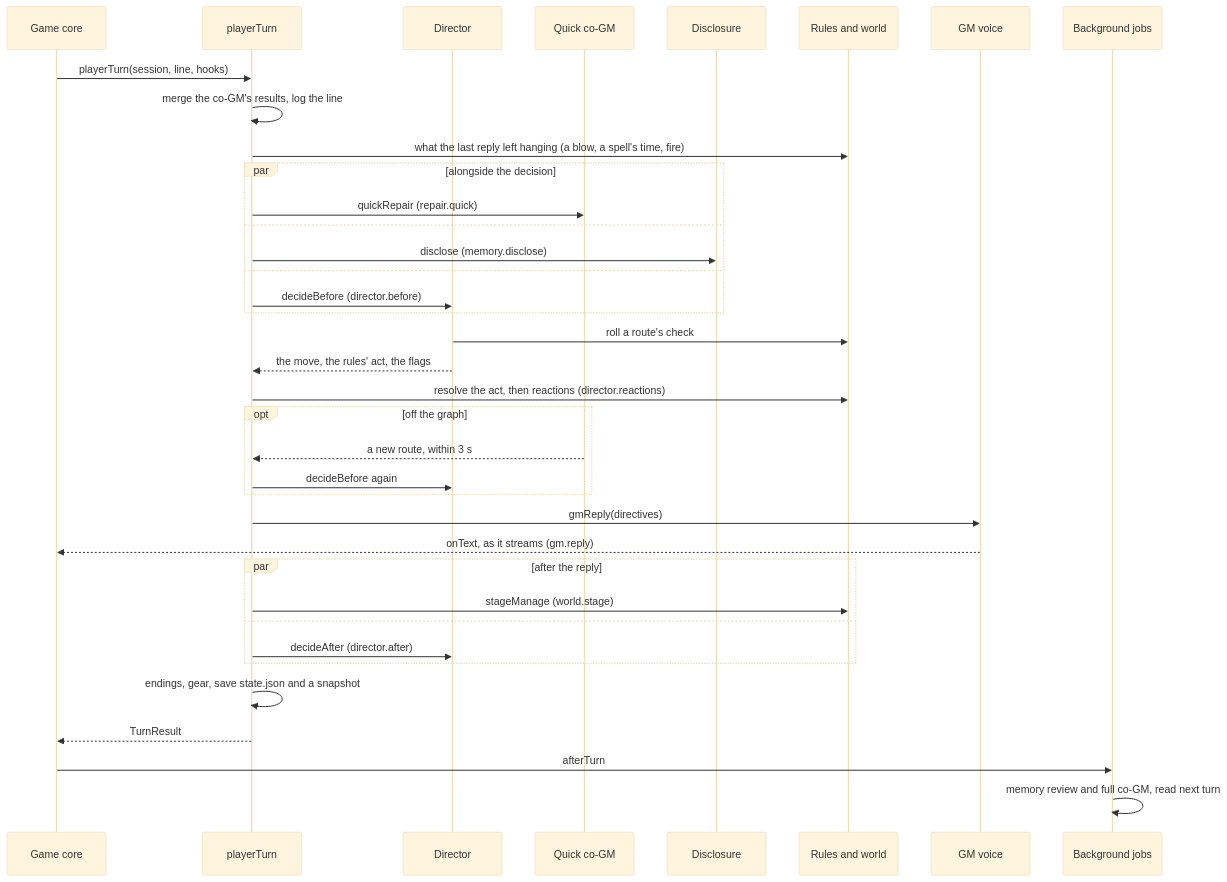
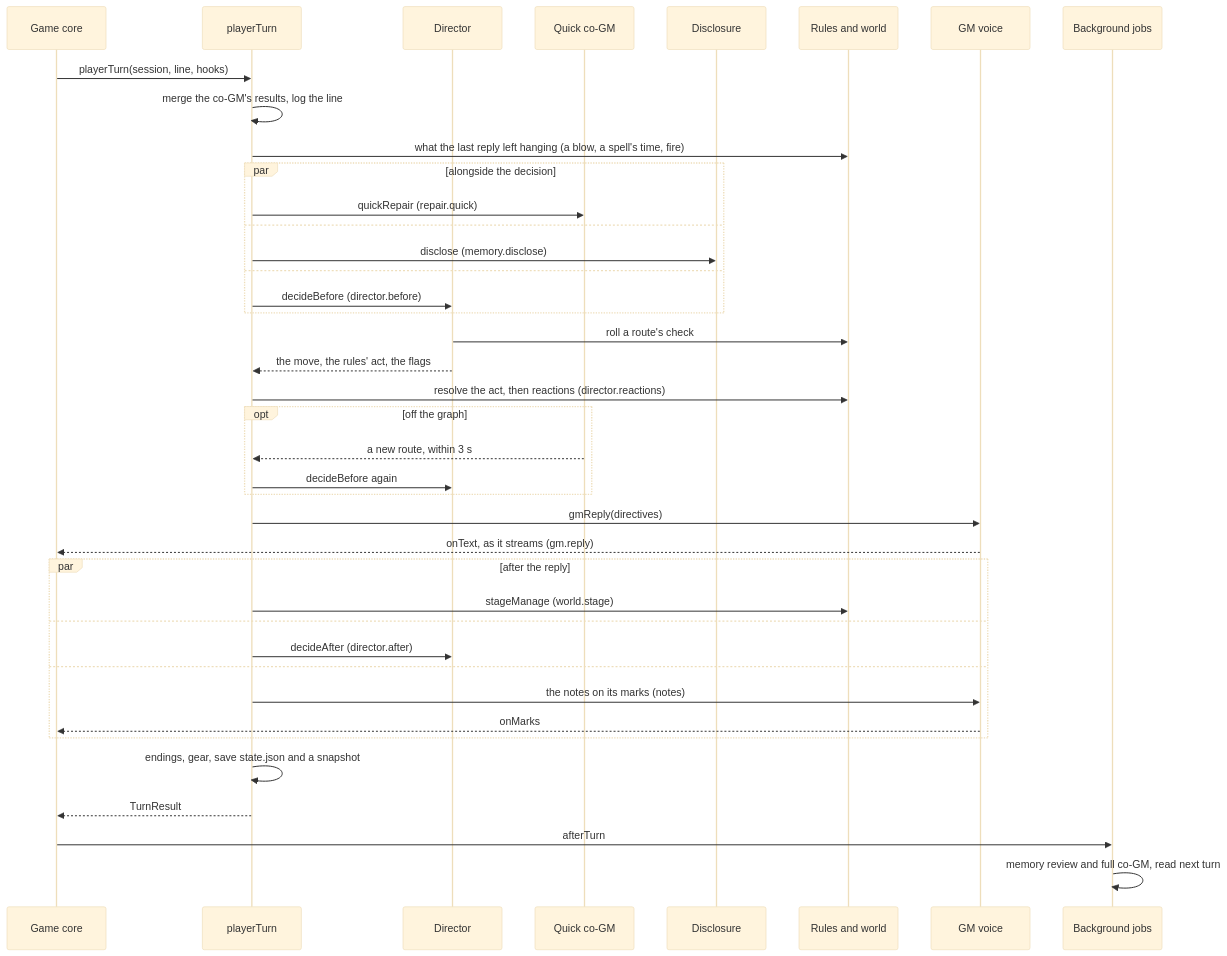
The second of 2 diagrams in src/runtime/README.md (Tatskaari/kingmaker), drawn with Mermaid (base theme) before and after one commit. The commit also changed other lines of this file and 12 other files, not shown here.

````diff
--- a/src/runtime/README.md
+++ b/src/runtime/README.md
@@ -111,40 +111,43 @@
 ```mermaid
 sequenceDiagram
   participant Core as Game core
   participant Turn as playerTurn
   participant Dir as Director
   participant Co as Quick co-GM
   participant Mem as Disclosure
   participant Rules as Rules and world
   participant GM as GM voice
   participant Bg as Background jobs
 
   Core->>Turn: playerTurn(session, line, hooks)
   Turn->>Turn: merge the co-GM's results, log the line
   Turn->>Rules: what the last reply left hanging (a blow, a spell's time, fire)
   par alongside the decision
     Turn->>Co: quickRepair (repair.quick)
   and
     Turn->>Mem: disclose (memory.disclose)
   and
     Turn->>Dir: decideBefore (director.before)
   end
   Dir->>Rules: roll a route's check
   Dir-->>Turn: the move, the rules' act, the flags
   Turn->>Rules: resolve the act, then reactions (director.reactions)
   opt off the graph
     Co-->>Turn: a new route, within 3 s
     Turn->>Dir: decideBefore again
   end
   Turn->>GM: gmReply(directives)
   GM-->>Core: onText, as it streams (gm.reply)
   par after the reply
     Turn->>Rules: stageManage (world.stage)
   and
     Turn->>Dir: decideAfter (director.after)
+  and
+    Turn->>GM: the notes on its marks (notes)
+    GM-->>Core: onMarks
   end
   Turn->>Turn: endings, gear, save state.json and a snapshot
   Turn-->>Core: TurnResult
   Core->>Bg: afterTurn
   Bg->>Bg: memory review and full co-GM, read next turn
 ```
````
